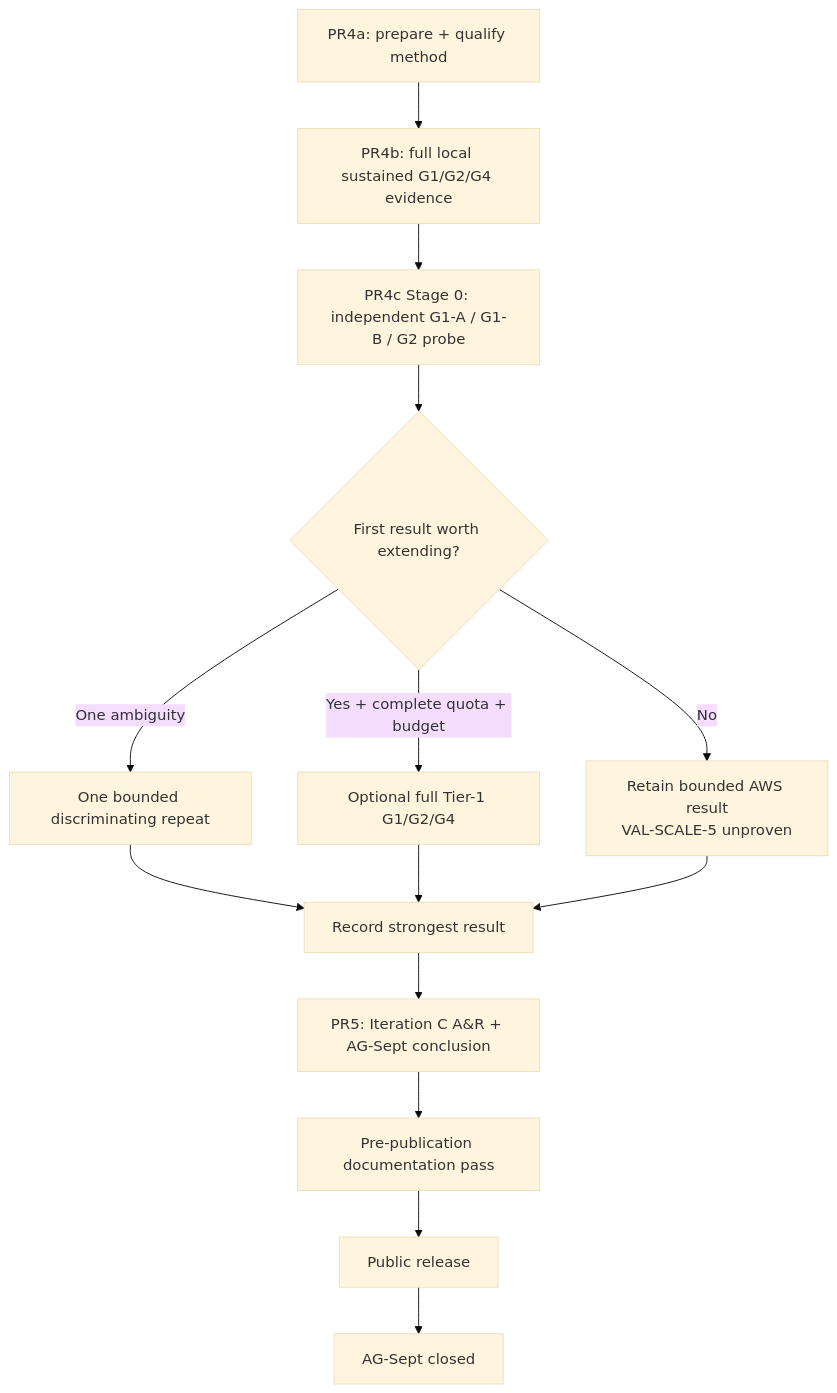
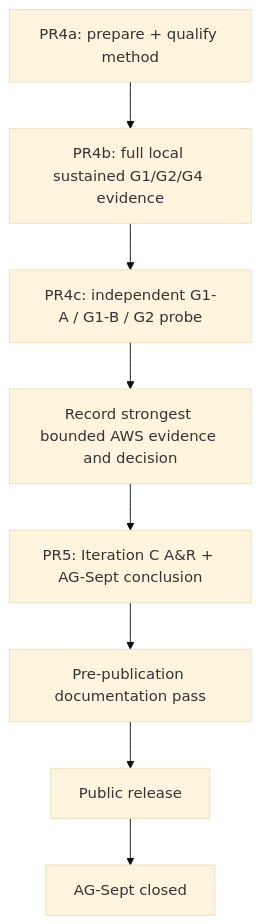
Before and after one commit to nancysworld/alloca-go: the diagram in docs/planning/ag-sept-plan.md, drawn with Mermaid (base theme). The commit also changed other lines of this file, not shown here.

Commit message:
AG-Sept PR4c: allocate one day and schedule the bounded AWS probe

````diff
--- a/docs/planning/ag-sept-plan.md
+++ b/docs/planning/ag-sept-plan.md
@@ -496,16 +478,10 @@
 ```mermaid
 flowchart TD
     A[PR4a: prepare + qualify method] --> B[PR4b: full local sustained G1/G2/G4 evidence]
-    B --> C[PR4c Stage 0: independent G1-A / G1-B / G2 probe]
-    C --> D{First result worth extending?}
-    D -->|No| E[Retain bounded AWS result<br/>VAL-SCALE-5 unproven]
-    D -->|One ambiguity| F[One bounded discriminating repeat]
-    D -->|Yes + complete quota + budget| G[Optional full Tier-1 G1/G2/G4]
-    F --> H[Record strongest result]
-    G --> H
-    E --> H
-    H --> I[PR5: Iteration C A&R + AG-Sept conclusion]
-    I --> J[Pre-publication documentation pass]
-    J --> K[Public release]
-    K --> L[AG-Sept closed]
+    B --> C[PR4c: independent G1-A / G1-B / G2 probe]
+    C --> D[Record strongest bounded AWS evidence and decision]
+    D --> E[PR5: Iteration C A&R + AG-Sept conclusion]
+    E --> F[Pre-publication documentation pass]
+    F --> G[Public release]
+    G --> H[AG-Sept closed]
 ```
````
